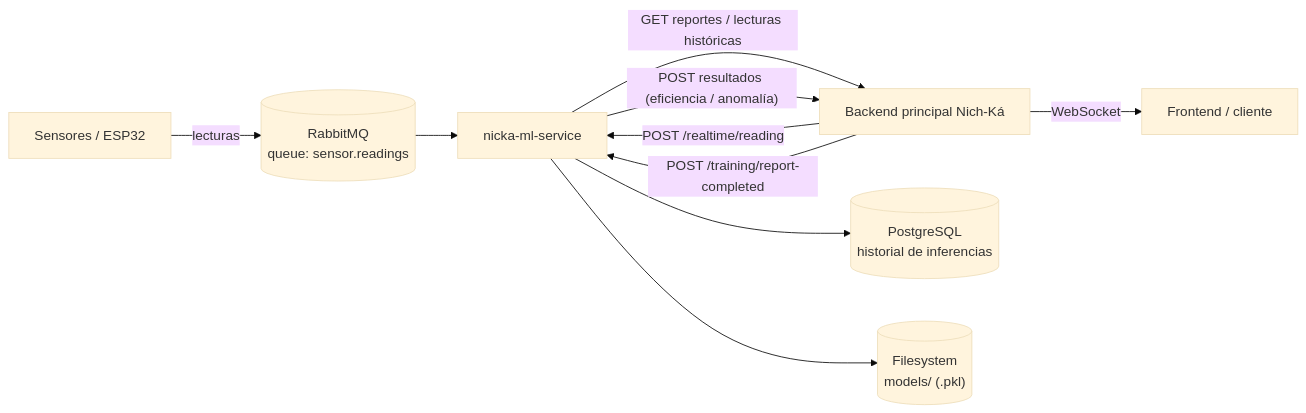
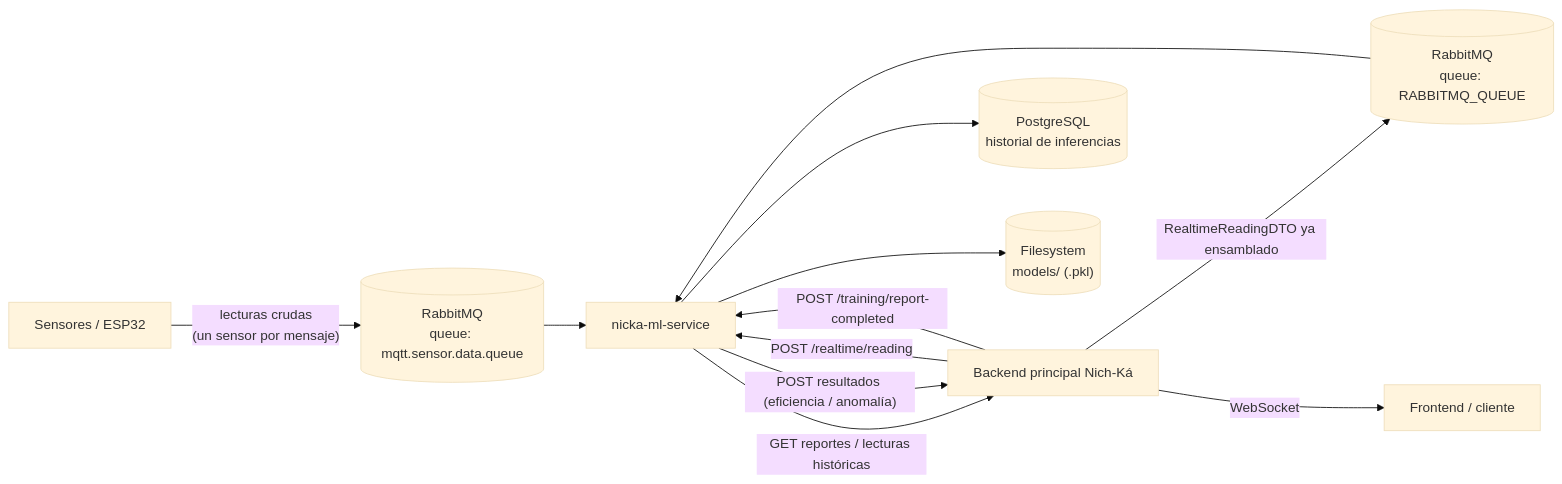
The second of 2 diagrams in docs/architecture.md (ESTSOFTWARE/ML_FERMENTADOR), drawn with Mermaid (base theme) before and after one commit. The commit also changed other lines of this file and 12 other files, not shown here.

Commit message:
feat(ml): implement MQTT sensor consumer for real-time anomaly detection and update architecture documentation

````diff
--- a/docs/architecture.md
+++ b/docs/architecture.md
@@ -74,12 +76,14 @@
 ```mermaid
 flowchart LR
-    ESP32["Sensores / ESP32"] -->|lecturas| RMQ[("RabbitMQ\nqueue: sensor.readings")]
-    RMQ --> MLSVC["nicka-ml-service"]
-    BACKEND["Backend principal Nich-Ká"] -->|"POST /realtime/reading"| MLSVC
+    ESP32["Sensores / ESP32"] -->|"lecturas crudas\n(un sensor por mensaje)"| MQTTQ[("RabbitMQ\nqueue: mqtt.sensor.data.queue")]
+    MQTTQ --> MLSVC["nicka-ml-service"]
+    BACKEND["Backend principal Nich-Ká"] -->|"RealtimeReadingDTO ya ensamblado"| RMQ[("RabbitMQ\nqueue: RABBITMQ_QUEUE")]
+    RMQ --> MLSVC
+    BACKEND -->|"POST /realtime/reading"| MLSVC
     BACKEND -->|"POST /training/report-completed"| MLSVC
     MLSVC -->|"GET reportes / lecturas históricas"| BACKEND
     MLSVC -->|"POST resultados (eficiencia / anomalía)"| BACKEND
     BACKEND -->|WebSocket| FRONTEND["Frontend / cliente"]
     MLSVC --> PG[("PostgreSQL\nhistorial de inferencias")]
     MLSVC --> FS[("Filesystem\nmodels/ (.pkl)")]
 ```
````
